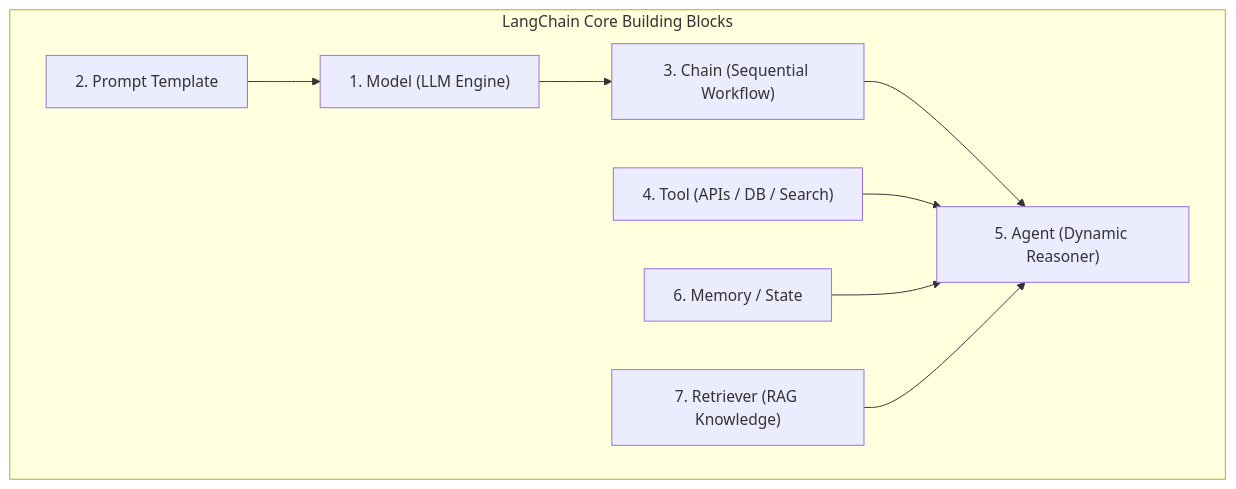
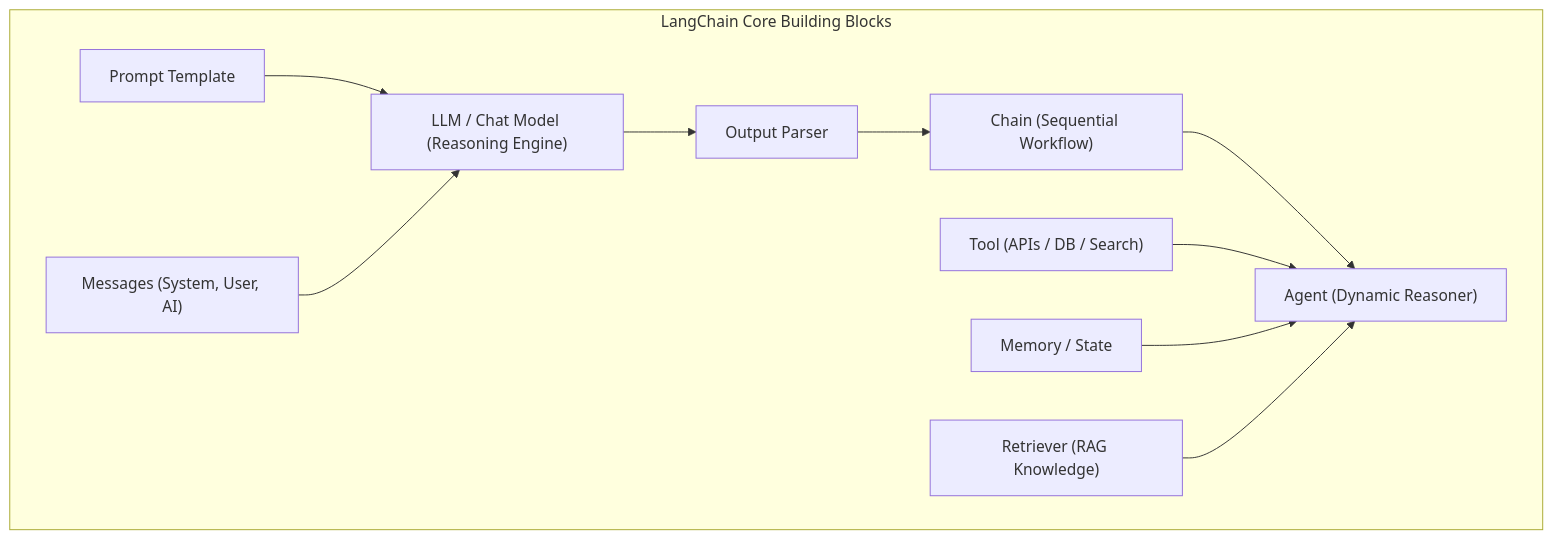
Before and after one commit to Tarunkommi/Agentic-AI-Foundations: diagram 15 of 17 in README.md, drawn with Mermaid. The commit also changed other lines of this file, not shown here.

Commit message:
docs: add LangChain Building Blocks section to README

````diff
--- a/README.md
+++ b/README.md
@@ -871,19 +871,23 @@
 ```mermaid
 flowchart TD
     subgraph CoreBuildingBlocks["LangChain Core Building Blocks"]
-        Model["1. Model (LLM Engine)"]
-        Prompt["2. Prompt Template"]
-        Chain["3. Chain (Sequential Workflow)"]
-        Tool["4. Tool (APIs / DB / Search)"]
-        Agent["5. Agent (Dynamic Reasoner)"]
-        Memory["6. Memory / State"]
-        Retriever["7. Retriever (RAG Knowledge)"]
+        Model["LLM / Chat Model (Reasoning Engine)"]
+        Prompt["Prompt Template"]
+        Messages["Messages (System, User, AI)"]
+        Parser["Output Parser"]
+        Chain["Chain (Sequential Workflow)"]
+        Tool["Tool (APIs / DB / Search)"]
+        Retriever["Retriever (RAG Knowledge)"]
+        Memory["Memory / State"]
+        Agent["Agent (Dynamic Reasoner)"]
     end
 
     Prompt --> Model
-    Model --> Chain
+    Messages --> Model
+    Model --> Parser
+    Parser --> Chain
     Chain --> Agent
     Tool --> Agent
     Memory --> Agent
     Retriever --> Agent
 ```
````
